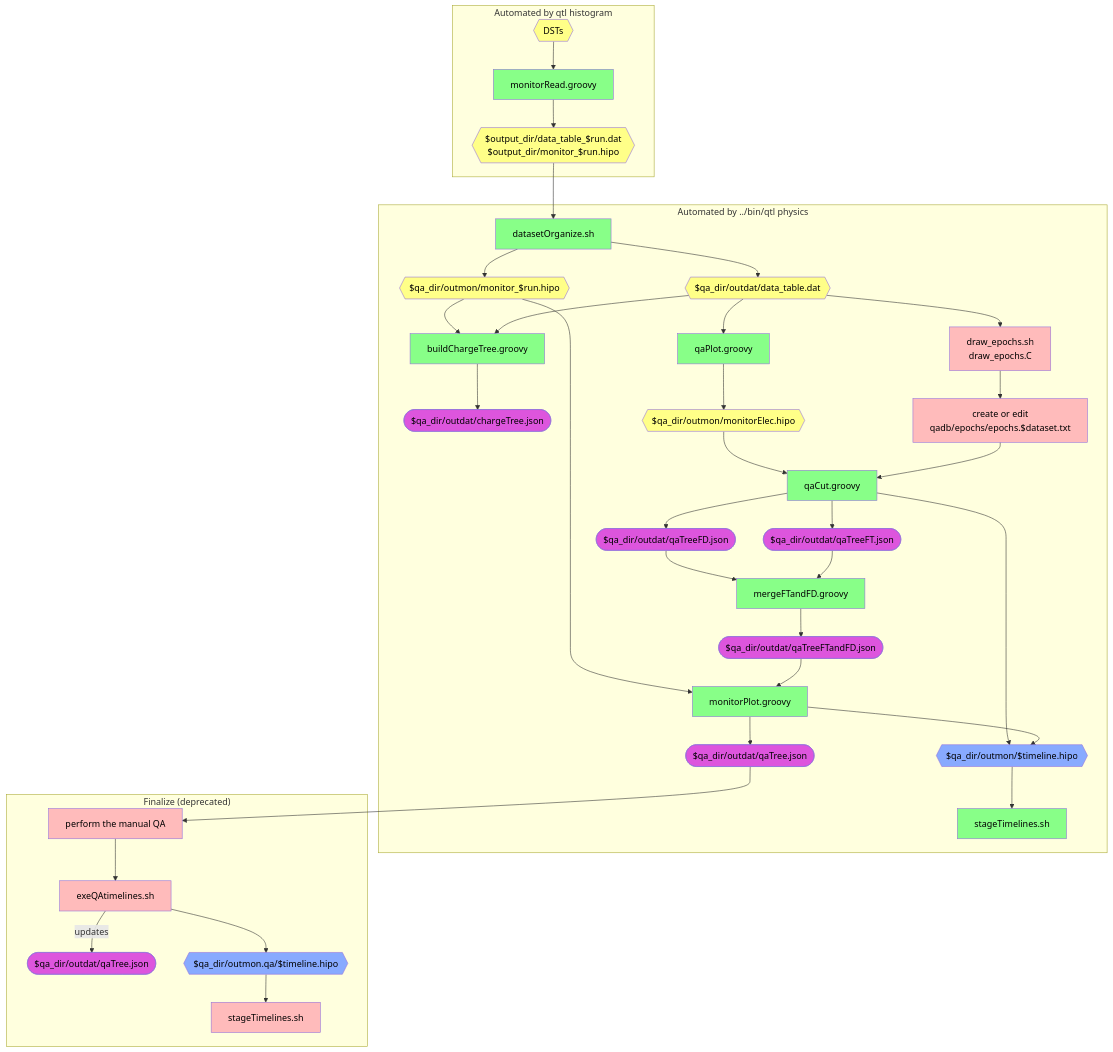
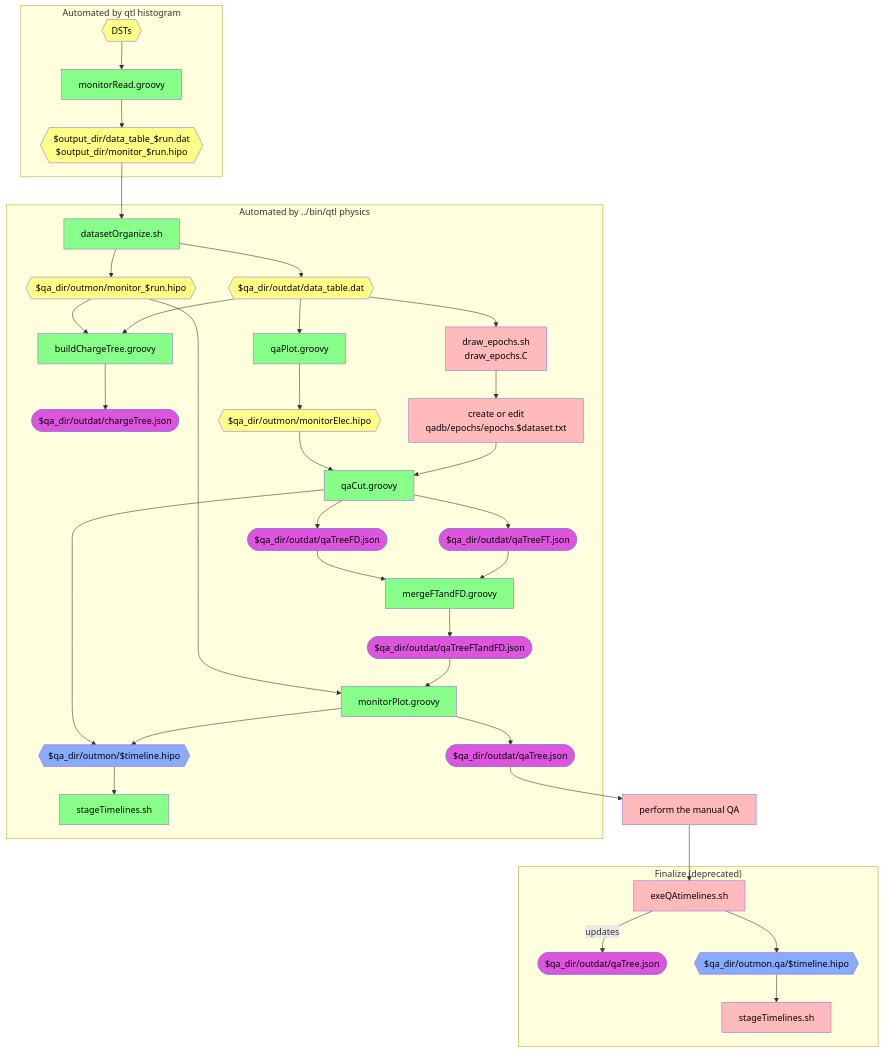
One commit to JeffersonLab/clas12-timeline changed the second of 2 diagrams in qa-physics/docs/docDiagram.md. Above: the diagram before and after it, drawn with Mermaid.

````diff
--- a/qa-physics/docs/docDiagram.md
+++ b/qa-physics/docs/docDiagram.md
@@ -31,76 +31,77 @@
 ```mermaid
 flowchart TB
 
     classDef data fill:#ff8,color:black
     classDef auto fill:#8f8,color:black
     classDef manual fill:#fbb,color:black
     classDef timeline fill:#8af,color:black
     classDef json fill:#d5d,color:black
 
     subgraph "Automated by qtl histogram"
       dst{{DSTs}}:::data
       monitorRead[monitorRead.groovy]:::auto
       monitorReadOut{{$output_dir/data_table_$run.dat<br>$output_dir/monitor_$run.hipo}}:::data
       dst --> monitorRead
       monitorRead --> monitorReadOut
     end
 
     subgraph "Automated by ../bin/qtl physics"
       datasetOrganize[datasetOrganize.sh]:::auto
       outmonFiles{{$qa_dir/outmon/monitor_$run.hipo}}:::data
       outdatFiles{{$qa_dir/outdat/data_table.dat}}:::data
       monitorReadOut --> datasetOrganize
       datasetOrganize --> outmonFiles
       datasetOrganize --> outdatFiles
 
       buildCT[buildChargeTree.groovy]:::auto
       chargeTree([$qa_dir/outdat/chargeTree.json]):::json
       outmonFiles --> buildCT
       outdatFiles --> buildCT
 
       qaPlot[qaPlot.groovy]:::auto
       outdatFiles --> draw_epochs[draw_epochs.sh<br />draw_epochs.C]:::manual
       draw_epochs --> createEpochs[create or edit<br>qadb/epochs/epochs.$dataset.txt]:::manual
       monitorElec{{$qa_dir/outmon/monitorElec.hipo}}:::data
       outdatFiles --> qaPlot
       qaPlot --> monitorElec
 
       qaCut[qaCut.groovy]:::auto
       mergeFTandFD[mergeFTandFD.groovy]:::auto
       qaTreeFD([$qa_dir/outdat/qaTreeFD.json]):::json
       qaTreeFT([$qa_dir/outdat/qaTreeFT.json]):::json
       qaTreeFTandFD([$qa_dir/outdat/qaTreeFTandFD.json]):::json
       timelineFiles{{$qa_dir/outmon/$timeline.hipo}}:::timeline
       monitorElec --> qaCut
       createEpochs --> qaCut
       qaCut --> timelineFiles
       qaCut --> qaTreeFD --> mergeFTandFD
       qaCut --> qaTreeFT --> mergeFTandFD
       mergeFTandFD --> qaTreeFTandFD
 
       monitorPlot[monitorPlot.groovy]:::auto
       qaTree([$qa_dir/outdat/qaTree.json]):::json
       outmonFiles --> monitorPlot
       qaTreeFTandFD --> monitorPlot
       monitorPlot --> qaTree
       monitorPlot --> timelineFiles
 
       stage0[stageTimelines.sh]:::auto
       buildCT --> chargeTree
       timelineFiles --> stage0
     end
 
     manualQA[perform the manual QA]:::manual
     qaTree --> manualQA
 
     subgraph "Finalize (deprecated)"
       exeQAtimelines[exeQAtimelines.sh]:::manual
       qaTreeUpdated([$qa_dir/outdat/qaTree.json]):::json
       qaTL{{$qa_dir/outmon.qa/$timeline.hipo}}:::timeline
       stage1[stageTimelines.sh]:::manual
-      manualQA --> exeQAtimelines
       exeQAtimelines --> qaTL
       exeQAtimelines -->|updates|qaTreeUpdated
       qaTL --> stage1
     end
+
+    manualQA --> exeQAtimelines
 ```
````
